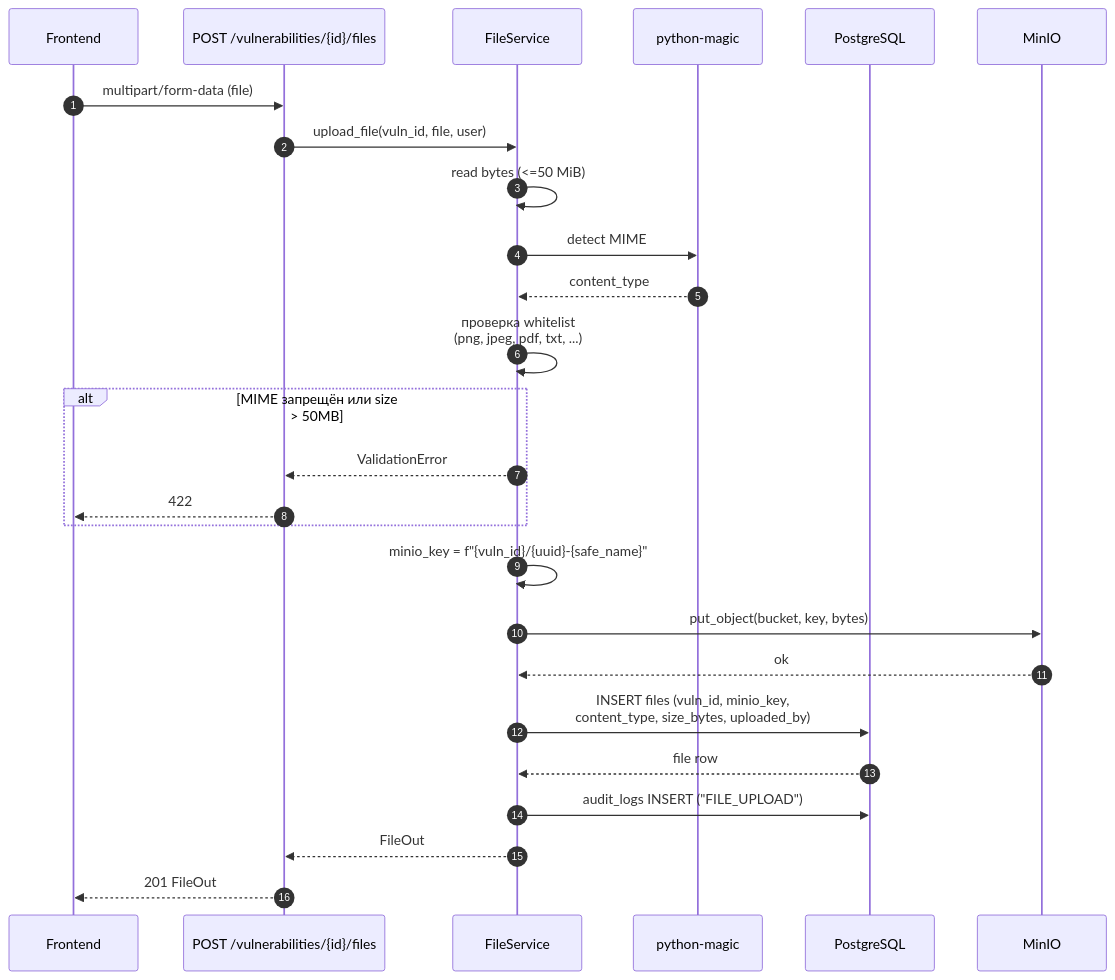
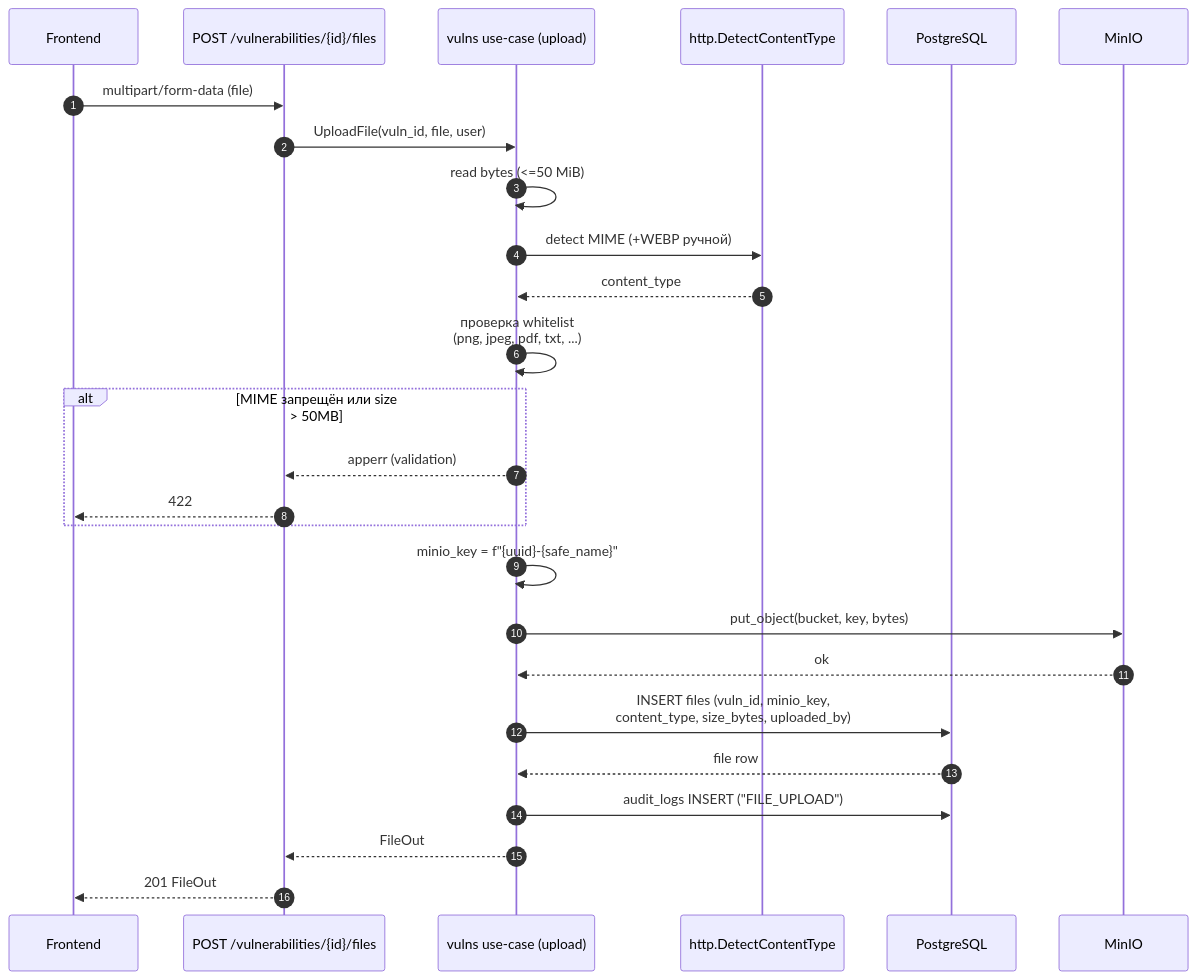
One commit to nkolomiika/FROST changed the ninth of 20 diagrams in docs/ARCH_DIAGRAMS.md. Above: the diagram before and after it, drawn with Mermaid. The commit also changed other lines of this file and 11 other files, not shown here.

````diff
--- a/docs/ARCH_DIAGRAMS.md
+++ b/docs/ARCH_DIAGRAMS.md
@@ -291,29 +286,29 @@
 ```mermaid
 sequenceDiagram
     autonumber
     participant FE as Frontend
     participant R as POST /vulnerabilities/{id}/files
-    participant FS as FileService
-    participant Mag as python-magic
+    participant FS as vulns use-case (upload)
+    participant Mag as http.DetectContentType
     participant DB as PostgreSQL
     participant M as MinIO
 
     FE->>R: multipart/form-data (file)
-    R->>FS: upload_file(vuln_id, file, user)
+    R->>FS: UploadFile(vuln_id, file, user)
     FS->>FS: read bytes (<=50 MiB)
-    FS->>Mag: detect MIME
+    FS->>Mag: detect MIME (+WEBP ручной)
     Mag-->>FS: content_type
     FS->>FS: проверка whitelist<br/>(png, jpeg, pdf, txt, ...)
     alt MIME запрещён или size > 50MB
-        FS-->>R: ValidationError
+        FS-->>R: apperr (validation)
         R-->>FE: 422
     end
-    FS->>FS: minio_key = f"{vuln_id}/{uuid}-{safe_name}"
+    FS->>FS: minio_key = f"{uuid}-{safe_name}"
     FS->>M: put_object(bucket, key, bytes)
     M-->>FS: ok
     FS->>DB: INSERT files (vuln_id, minio_key,<br/>content_type, size_bytes, uploaded_by)
     DB-->>FS: file row
     FS->>DB: audit_logs INSERT ("FILE_UPLOAD")
     FS-->>R: FileOut
     R-->>FE: 201 FileOut
 ```
````
